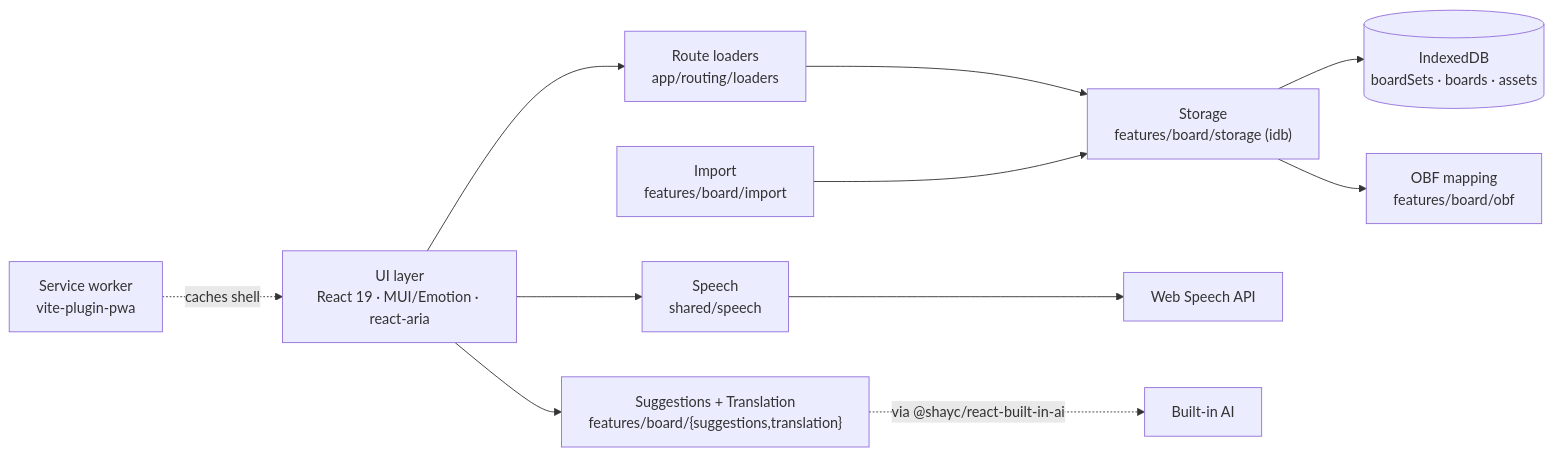
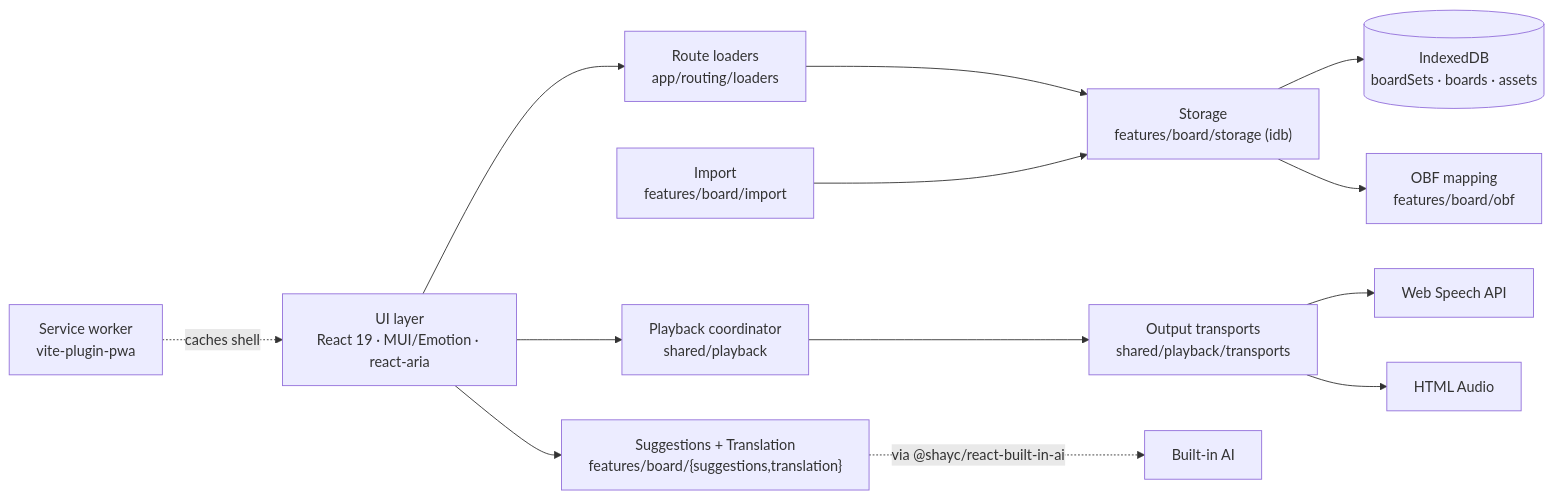
One commit to shayc/aac-board-ai changed the second of 2 diagrams in docs/architecture.md. Above: the diagram before and after it, drawn with Mermaid. The commit also changed other lines of this file and 27 other files, not shown here.

````diff
--- a/docs/architecture.md
+++ b/docs/architecture.md
@@ -98,17 +98,20 @@
 ```mermaid
 flowchart LR
     UI["UI layer<br/>React 19 · MUI/Emotion · react-aria"]
 
     UI --> LD["Route loaders<br/>app/routing/loaders"]
     LD --> STG["Storage<br/>features/board/storage (idb)"]
     STG --> DB[("IndexedDB<br/>boardSets · boards · assets")]
 
-    UI --> SPK["Speech<br/>shared/speech"] --> WS["Web Speech API"]
+    UI --> PLY["Playback coordinator<br/>shared/playback"]
+    PLY --> OUT["Output transports<br/>shared/playback/transports"]
+    OUT --> WS["Web Speech API"]
+    OUT --> AUD["HTML Audio"]
     UI --> SUG["Suggestions + Translation<br/>features/board/{suggestions,translation}"]
     SUG -.->|via @shayc/react-built-in-ai| BAI["Built-in AI"]
 
     STG --> OBF["OBF mapping<br/>features/board/obf"]
     IMP["Import<br/>features/board/import"] --> STG
 
     SW["Service worker<br/>vite-plugin-pwa"] -.->|caches shell| UI
 ```
````
